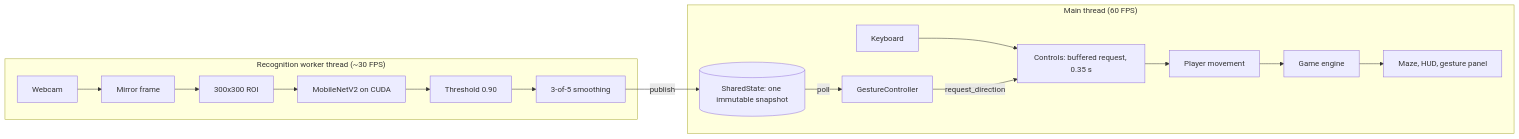
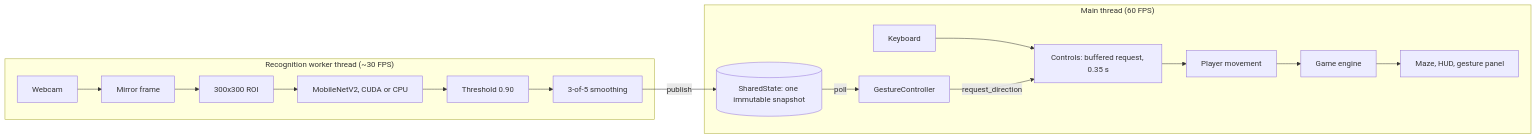
One commit to TanmaySingh2711/gesture-controlled-game changed the diagram in docs/ARCHITECTURE.md. Above: the diagram before and after it, drawn with Mermaid. The commit also changed other lines of this file and 50 other files, not shown here.

````diff
--- a/docs/ARCHITECTURE.md
+++ b/docs/ARCHITECTURE.md
@@ -13,15 +13,15 @@
 ```mermaid
 flowchart LR
     subgraph worker["Recognition worker thread (~30 FPS)"]
         cam[Webcam] --> mirror[Mirror frame] --> roi[300x300 ROI]
-        roi --> cnn[MobileNetV2 on CUDA] --> thr[Threshold 0.90] --> smooth[3-of-5 smoothing]
+        roi --> cnn[MobileNetV2, CUDA or CPU] --> thr[Threshold 0.90] --> smooth[3-of-5 smoothing]
     end
     smooth -- publish --> slot[(SharedState: one immutable snapshot)]
     subgraph main["Main thread (60 FPS)"]
         slot -- poll --> ctrl[GestureController]
         keys[Keyboard] --> seam
         ctrl -- request_direction --> seam[Controls: buffered request, 0.35 s]
         seam --> player[Player movement] --> engine[Game engine]
         engine --> draw[Maze, HUD, gesture panel]
     end
 ```
````
